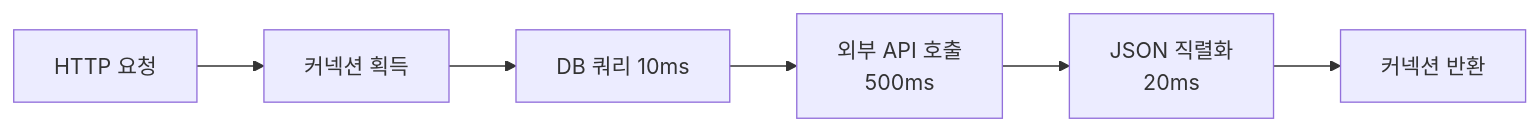
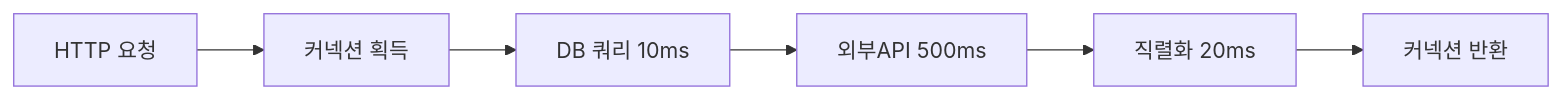
Before and after one commit to yjkim2015/yjkim2015.github.io: the second of 4 diagrams in _posts/jpa/2026-05-12-jpa-performance.md, drawn with Mermaid. The commit also changed other lines of this file and 245 other files, not shown here.

First line of the commit message:
Mermaid 다이어그램 전면 수정 + 면접 포인트 접기/펼치기 + DB 데드락 페이지

````diff
--- a/_posts/jpa/2026-05-12-jpa-performance.md
+++ b/_posts/jpa/2026-05-12-jpa-performance.md
@@ -323,8 +322,8 @@
 ```mermaid
 graph LR
     REQ["HTTP 요청"] --> CONN["커넥션 획득"]
     CONN --> SQL["DB 쿼리 10ms"]
-    SQL --> EXT["외부 API 호출\n500ms"]
-    EXT --> SER["JSON 직렬화\n20ms"]
+    SQL --> EXT["외부API 500ms"]
+    EXT --> SER["직렬화 20ms"]
     SER --> RET["커넥션 반환"]
 ```
````
